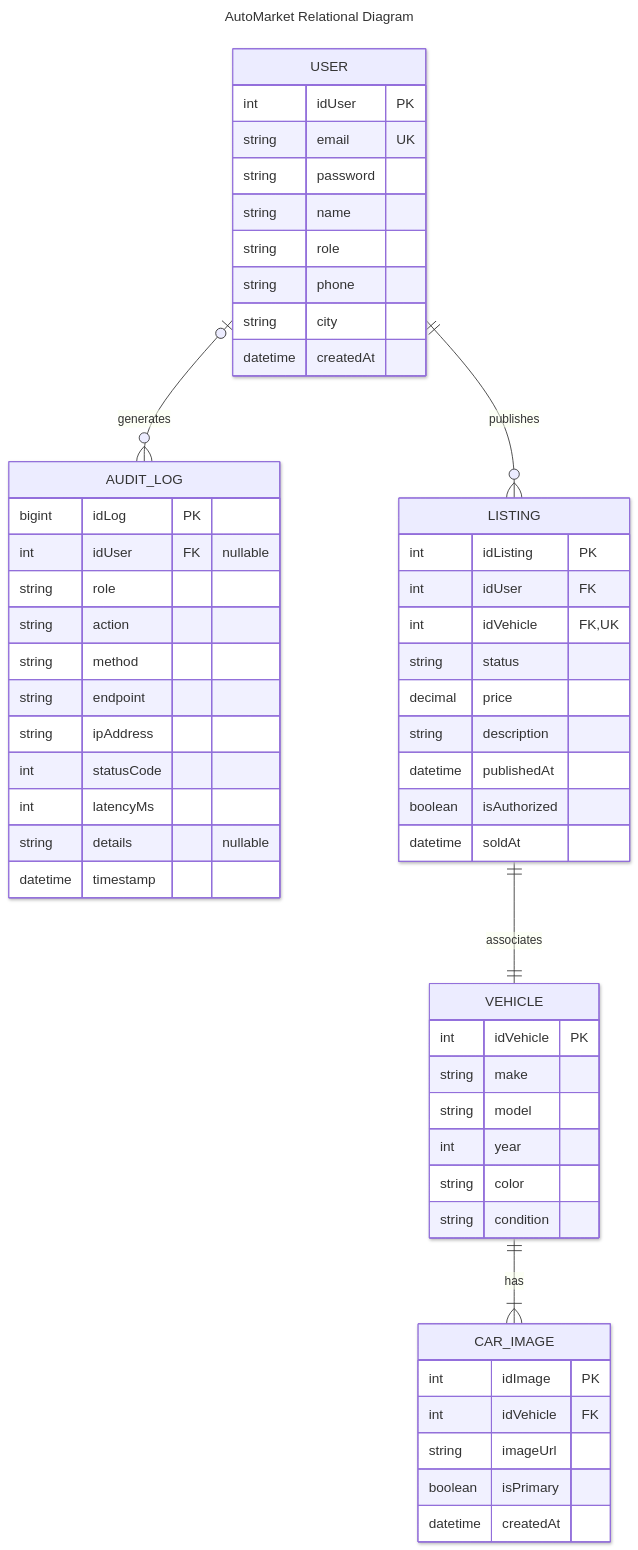
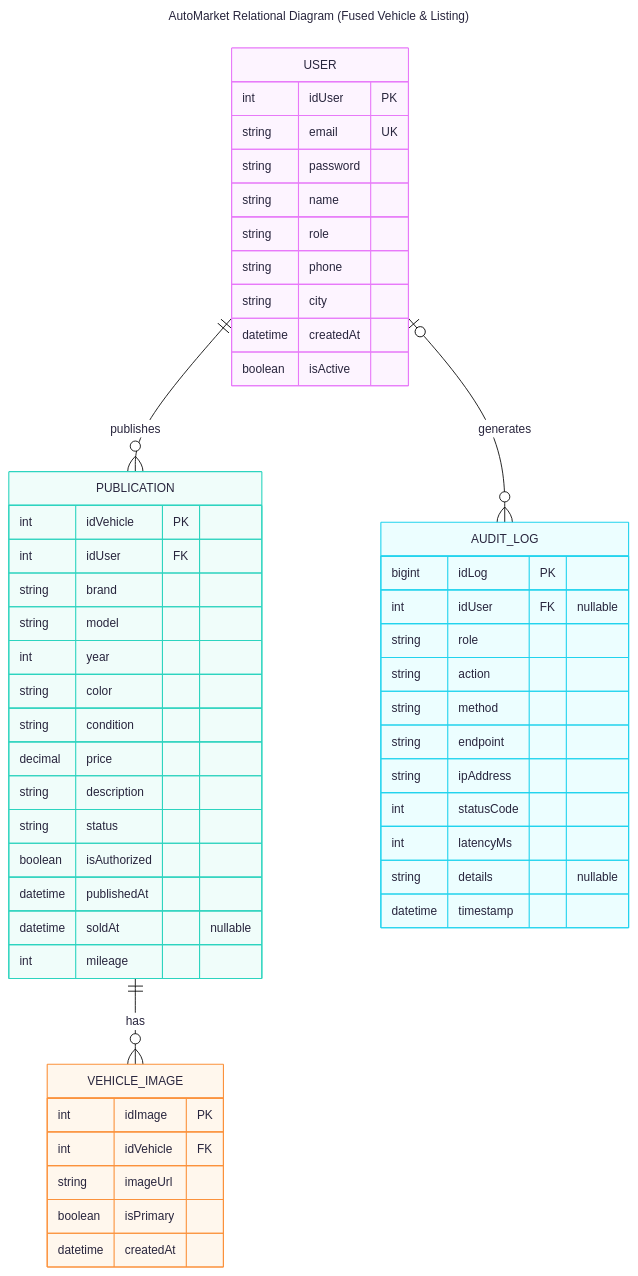
The diagram in README.md (Ckancord33/autoMarket_AAA_workshop), drawn with Mermaid before and after one commit. The commit also changed other lines of this file and 5 other files, not shown here.

````diff
--- a/README.md
+++ b/README.md
@@ -21,68 +21,65 @@
 ```mermaid
 ---
 config:
-  theme: mc
-  look: neo
-title: AutoMarket Relational Diagram
+  theme: redux-color
+  look: classic
+title: AutoMarket Relational Diagram (Fused Vehicle & Listing)
 ---
 erDiagram
-	direction TB
-	USER {
-		int idUser PK ""  
-		string email UK ""  
-		string password  ""  
-		string name  ""  
-		string role  ""  
-		string phone  ""  
-		string city  ""  
-		datetime createdAt  ""  
-	}
+    direction TB
 
-	AUDIT_LOG {
-		bigint idLog PK ""  
-		int idUser FK "nullable"  
-		string role  ""  
-		string action  ""  
-		string method  ""  
-		string endpoint  ""  
-		string ipAddress  ""  
-		int statusCode  ""  
-		int latencyMs  ""  
-		string details  "nullable"  
-		datetime timestamp  ""  
-	}
+    USER {
+        int idUser PK
+        string email UK
+        string password
+        string name
+        string role
+        string phone
+        string city
+        datetime createdAt
+        boolean isActive
+    }
 
-	VEHICLE {
-		int idVehicle PK ""  
-		string make  ""  
-		string model  ""  
-		int year  ""   
-		string color  ""  
-		string condition  ""  
-	}
+    PUBLICATION {
+        int idVehicle PK
+        int idUser FK
+        string brand
+        string model
+        int year
+        string color
+        string condition
+        decimal price
+        string description
+        string status
+        boolean isAuthorized
+        datetime publishedAt 
+        datetime soldAt "nullable"
+		int mileage
+    }
 
-	CAR_IMAGE {
-		int idImage PK ""  
-		int idVehicle FK ""  
-		string imageUrl  ""  
-		boolean isPrimary  ""  
-		datetime createdAt  ""  
-	}
+    VEHICLE_IMAGE {
+        int idImage PK
+        int idVehicle FK
+        string imageUrl
+        boolean isPrimary
+        datetime createdAt
+    }
 
-	LISTING {
-		int idListing PK ""  
-		int idUser FK ""  
-		int idVehicle FK,UK ""  
-		string status  ""  
-		decimal price  ""  
-		string description  ""  
-		datetime publishedAt  ""  
-		boolean isAuthorized  ""  
-		datetime soldAt  ""  
-	}
+    AUDIT_LOG {
+        bigint idLog PK
+        int idUser FK "nullable"
+        string role
+        string action
+        string method
+        string endpoint
+        string ipAddress
+        int statusCode
+        int latencyMs
+        string details "nullable"
+        datetime timestamp
+    }
 
-	USER||--o{LISTING:"publishes"
-	LISTING||--||VEHICLE:"associates"
-	VEHICLE||--|{CAR_IMAGE:"has"
-	USER|o--o{AUDIT_LOG:"generates"
+    USER ||--o{ PUBLICATION : "publishes"
+    PUBLICATION ||--o{ VEHICLE_IMAGE : "has"
+    USER |o--o{ AUDIT_LOG : "generates"
 ```
````
